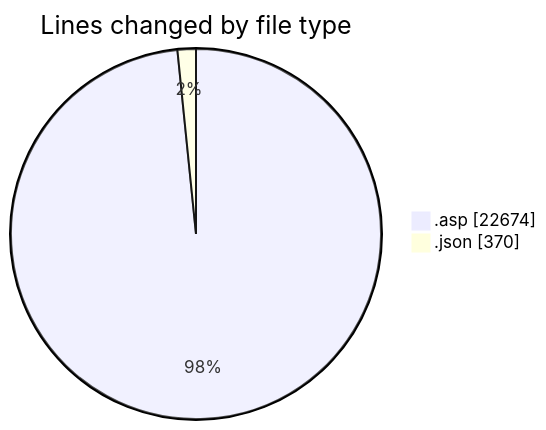
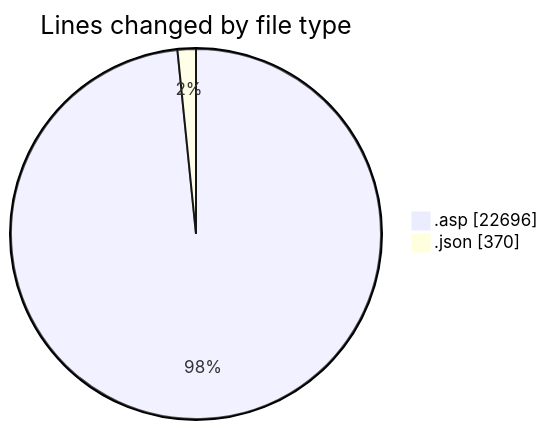
Before and after one commit to julien-gomy/code-tracking: the first of 2 diagrams in 2025-11-01/cdp_aleoudev_fr__workspace_/README.md, drawn with Mermaid. The commit also changed other lines of this file and 1 other file, not shown here.

````diff
--- a/2025-11-01/cdp_aleoudev_fr__workspace_/README.md
+++ b/2025-11-01/cdp_aleoudev_fr__workspace_/README.md
@@ -29,6 +29,6 @@
 ```mermaid
 pie showData
 title Lines changed by file type
-".asp" : 22674
+".asp" : 22696
 ".json" : 370
 ```
````
